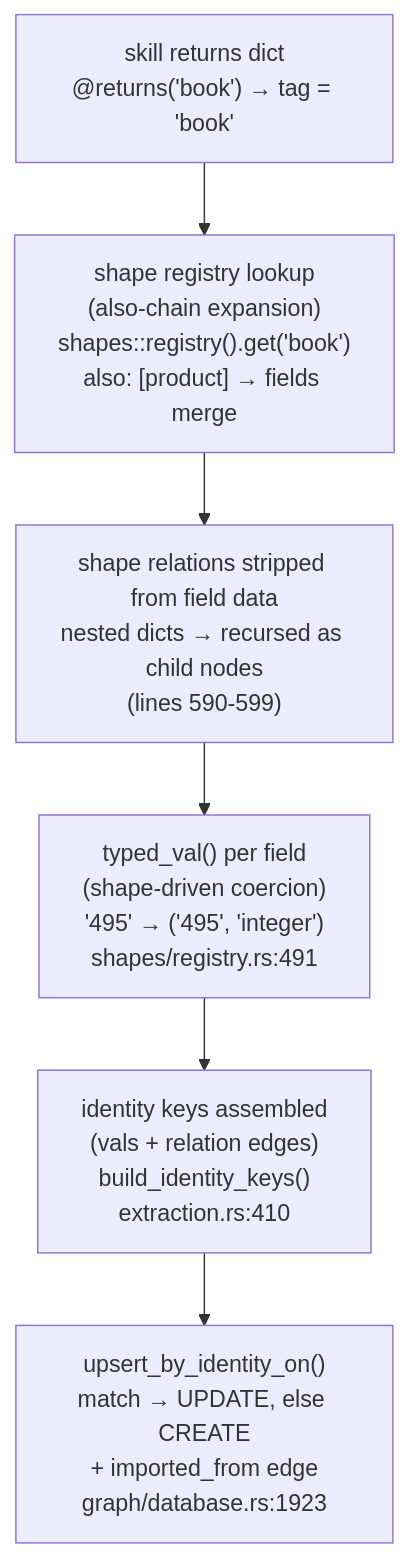
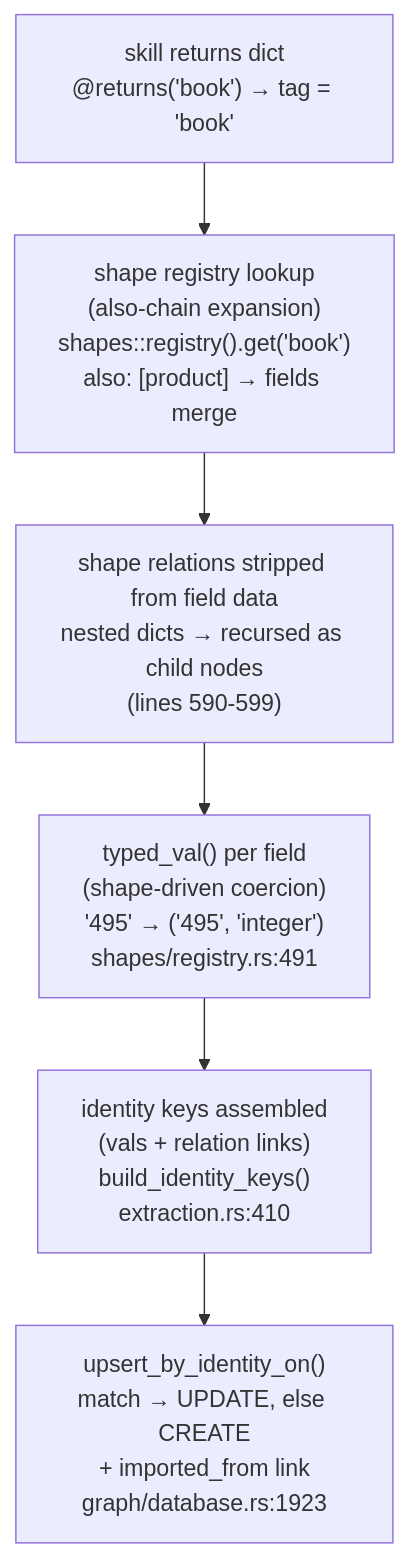
The diagram in docs/src/content/docs/architecture/shape-extraction.md (agentos-to/site), drawn with Mermaid before and after one commit. The commit also changed other lines of this file and 151 other files, not shown here.

First line of the commit message:
rename: edges → links throughout (Palantir Link Type convention)

````diff
--- a/docs/src/content/docs/architecture/shape-extraction.md
+++ b/docs/src/content/docs/architecture/shape-extraction.md
@@ -14,8 +14,8 @@
 ```mermaid
 flowchart TD
     IN["skill returns dict<br/>@returns('book') → tag = 'book'"] --> SR["shape registry lookup<br/>(also-chain expansion)<br/>shapes::registry().get('book')<br/>also: [product] → fields merge"]
     SR --> REL["shape relations stripped from field data<br/>nested dicts → recursed as child nodes<br/>(lines 590-599)"]
     REL --> TV["typed_val() per field<br/>(shape-driven coercion)<br/>'495' → ('495', 'integer')<br/>shapes/registry.rs:491"]
-    TV --> IK["identity keys assembled<br/>(vals + relation edges)<br/>build_identity_keys()<br/>extraction.rs:410"]
-    IK --> UP["upsert_by_identity_on()<br/>match → UPDATE, else CREATE<br/>+ imported_from edge<br/>graph/database.rs:1923"]
+    TV --> IK["identity keys assembled<br/>(vals + relation links)<br/>build_identity_keys()<br/>extraction.rs:410"]
+    IK --> UP["upsert_by_identity_on()<br/>match → UPDATE, else CREATE<br/>+ imported_from link<br/>graph/database.rs:1923"]
 ```
````
